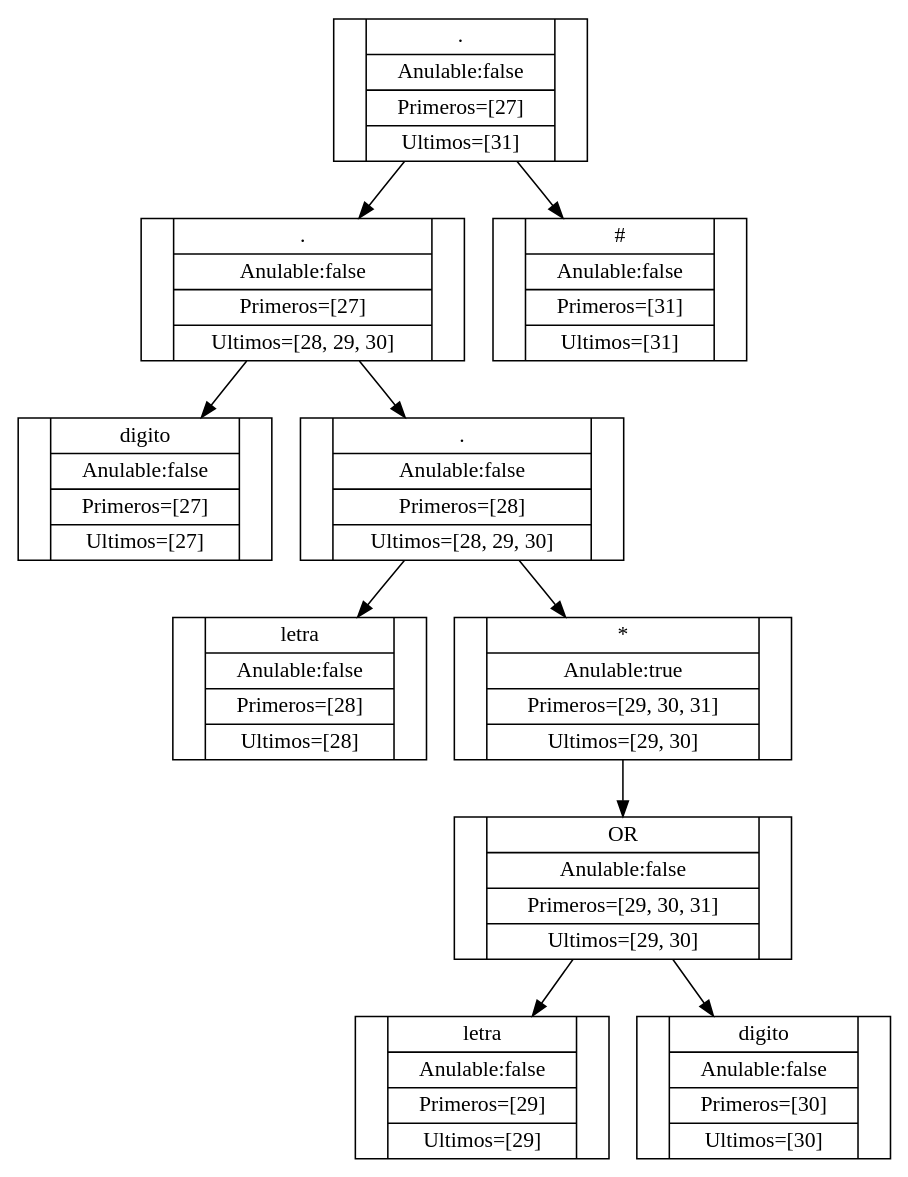
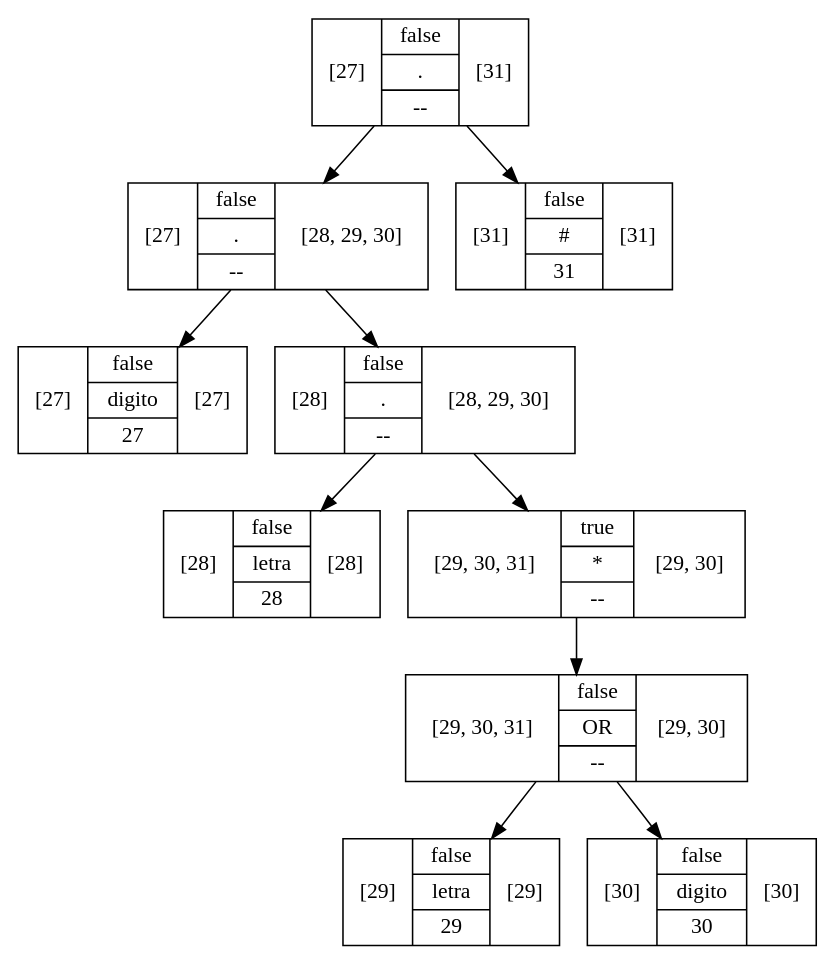
One commit to JeffMendez/OCL_Proyecto1_201901557 changed the diagram in Regexive/archivos/ARBOLES_201901557/RegTest.dot. Above: the diagram before and after it, drawn with Graphviz. The commit also changed 31 other files, not shown here.

```diff
--- a/Regexive/archivos/ARBOLES_201901557/RegTest.dot
+++ b/Regexive/archivos/ARBOLES_201901557/RegTest.dot
@@ -1,21 +1,21 @@
 digraph G {
-2066760655 [shape=record label="<IZQ>|{digito|Anulable:false|Primeros=[27]|Ultimos=[27]}|<DER>"];
-818048976 [shape=record label="<IZQ>|{letra|Anulable:false|Primeros=[28]|Ultimos=[28]}|<DER>"];
-868968937 [shape=record label="<IZQ>|{letra|Anulable:false|Primeros=[29]|Ultimos=[29]}|<DER>"];
-1864741684 [shape=record label="<IZQ>|{digito|Anulable:false|Primeros=[30]|Ultimos=[30]}|<DER>"];
-385006372 [shape=record label="<IZQ>|{OR|Anulable:false|Primeros=[29, 30, 31]|Ultimos=[29, 30]}|<DER>"];
-385006372 -> 868968937
-385006372 -> 1864741684
-896395973 [shape=record label="<IZQ>|{*|Anulable:true|Primeros=[29, 30, 31]|Ultimos=[29, 30]}|<DER>"];
-896395973 -> 385006372
-1568754080 [shape=record label="<IZQ>|{.|Anulable:false|Primeros=[28]|Ultimos=[28, 29, 30]}|<DER>"];
-1568754080 -> 818048976
-1568754080 -> 896395973
-536866103 [shape=record label="<IZQ>|{.|Anulable:false|Primeros=[27]|Ultimos=[28, 29, 30]}|<DER>"];
-536866103 -> 2066760655
-536866103 -> 1568754080
-475483767 [shape=record label="<IZQ>|{#|Anulable:false|Primeros=[31]|Ultimos=[31]}|<DER>"];
-1177990394 [shape=record label="<IZQ>|{.|Anulable:false|Primeros=[27]|Ultimos=[31]}|<DER>"];
-1177990394 -> 536866103
-1177990394 -> 475483767
+2046300084 [shape=record label="[27] |{ false | digito | 27 }| [27]"];
+1162182346 [shape=record label="[28] |{ false | letra | 28 }| [28]"];
+607184809 [shape=record label="[29] |{ false | letra | 29 }| [29]"];
+1957475491 [shape=record label="[30] |{ false | digito | 30 }| [30]"];
+1301315629 [shape=record label="[29, 30, 31] |{ false | OR | -- }| [29, 30]"];
+1301315629 -> 607184809
+1301315629 -> 1957475491
+600642683 [shape=record label="[29, 30, 31] |{ true | * | -- }| [29, 30]"];
+600642683 -> 1301315629
+6529540 [shape=record label="[28] |{ false | . | -- }| [28, 29, 30]"];
+6529540 -> 1162182346
+6529540 -> 600642683
+301664007 [shape=record label="[27] |{ false | . | -- }| [28, 29, 30]"];
+301664007 -> 2046300084
+301664007 -> 6529540
+1487105277 [shape=record label="[31] |{ false | # | 31 }| [31]"];
+319210846 [shape=record label="[27] |{ false | . | -- }| [31]"];
+319210846 -> 301664007
+319210846 -> 1487105277
 }
```
